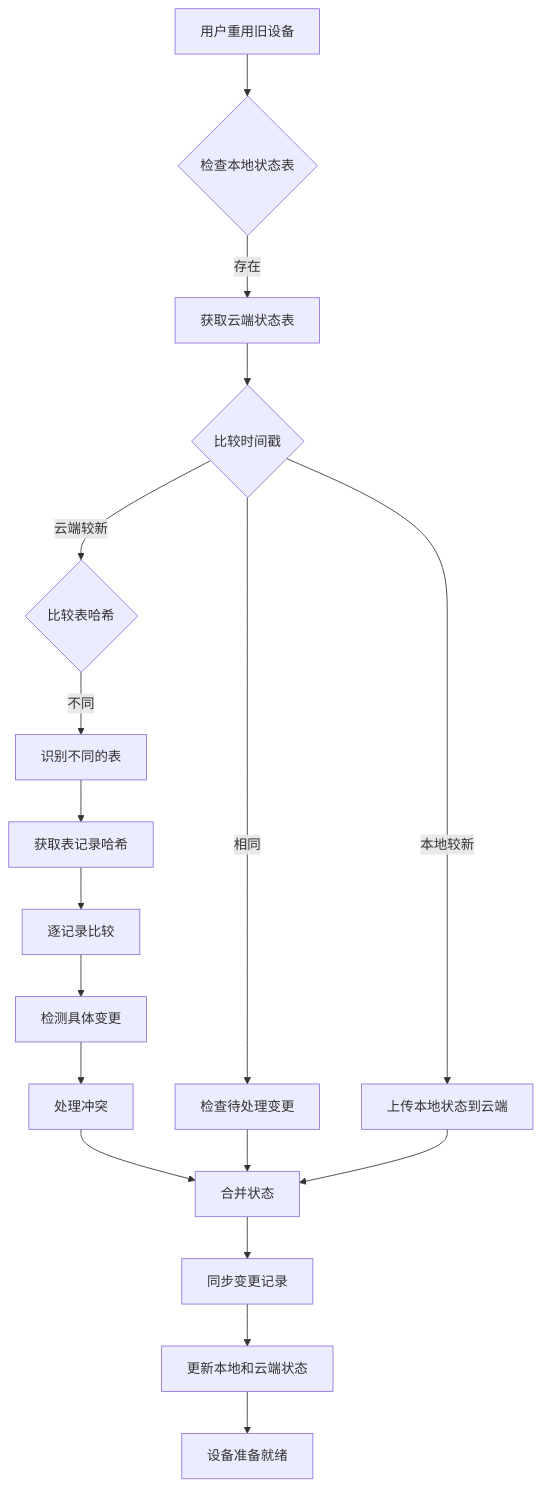
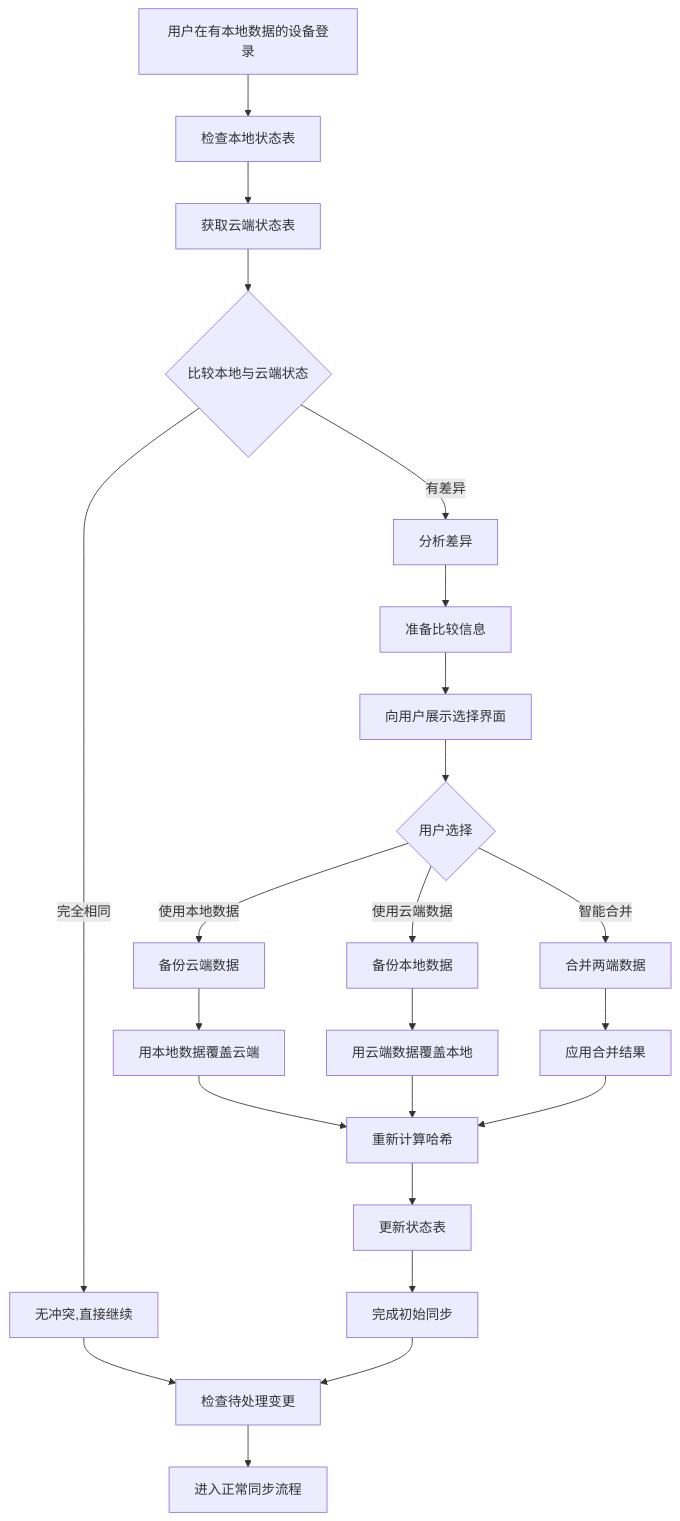
Before and after one commit to yingjianzh/iodraw-files: the diagram in all/未命名-42.md, drawn with Mermaid.

Commit message:
2025-04-24 15:52:28 update

````diff
--- a/all/未命名-42.md
+++ b/all/未命名-42.md
@@ -1,25 +1,34 @@
 ```mermaid
 flowchart TD
-    Start[用户重用旧设备] --> CheckLocalState{检查本地状态表}
-    CheckLocalState -- 存在 --> FetchCloudState[获取云端状态表]
+    Start[用户在有本地数据的设备登录] --> CheckLocalState[检查本地状态表]
+    CheckLocalState --> FetchCloudState[获取云端状态表]
     
-    FetchCloudState --> CompareTimestamps{比较时间戳}
-    CompareTimestamps -- 云端较新 --> CompareTableHashes{比较表哈希}
-    CompareTimestamps -- 本地较新 --> UploadState[上传本地状态到云端]
-    CompareTimestamps -- 相同 --> CheckPendingChanges[检查待处理变更]
+    FetchCloudState --> CompareStates{比较本地与云端状态}
     
-    CompareTableHashes -- 不同 --> IdentifyDifferentTables[识别不同的表]
-    IdentifyDifferentTables --> FetchTableRecords[获取表记录哈希]
-    FetchTableRecords --> CompareRecordWise[逐记录比较]
+    CompareStates -- 完全相同 --> NoConflict[无冲突,直接继续]
+    CompareStates -- 有差异 --> AnalyzeDifferences[分析差异]
     
-    CompareRecordWise --> DetectChanges[检测具体变更]
-    DetectChanges --> HandleConflicts[处理冲突]
+    AnalyzeDifferences --> PrepareComparison[准备比较信息]
+    PrepareComparison --> UserPrompt[向用户展示选择界面]
     
-    HandleConflicts --> MergeStates[合并状态]
-    CheckPendingChanges --> MergeStates
-    UploadState --> MergeStates
+    UserPrompt --> UserChoice{用户选择}
+    UserChoice -- 使用本地数据 --> BackupCloud[备份云端数据]
+    UserChoice -- 使用云端数据 --> BackupLocal[备份本地数据]
+    UserChoice -- 智能合并 --> MergeData[合并两端数据]
     
-    MergeStates --> SyncRecords[同步变更记录]
-    SyncRecords --> UpdateBothStates[更新本地和云端状态]
-    UpdateBothStates --> ReadyToUse[设备准备就绪]
+    BackupCloud --> OverwriteCloud[用本地数据覆盖云端]
+    BackupLocal --> OverwriteLocal[用云端数据覆盖本地]
+    MergeData --> ApplyMerge[应用合并结果]
+    
+    OverwriteCloud --> RecalculateHashes[重新计算哈希]
+    OverwriteLocal --> RecalculateHashes
+    ApplyMerge --> RecalculateHashes
+    
+    RecalculateHashes --> UpdateStateTable[更新状态表]
+    UpdateStateTable --> SyncComplete[完成初始同步]
+    
+    NoConflict --> CheckPendingChanges[检查待处理变更]
+    SyncComplete --> CheckPendingChanges
+    
+    CheckPendingChanges --> NormalSync[进入正常同步流程]
 ```
````
